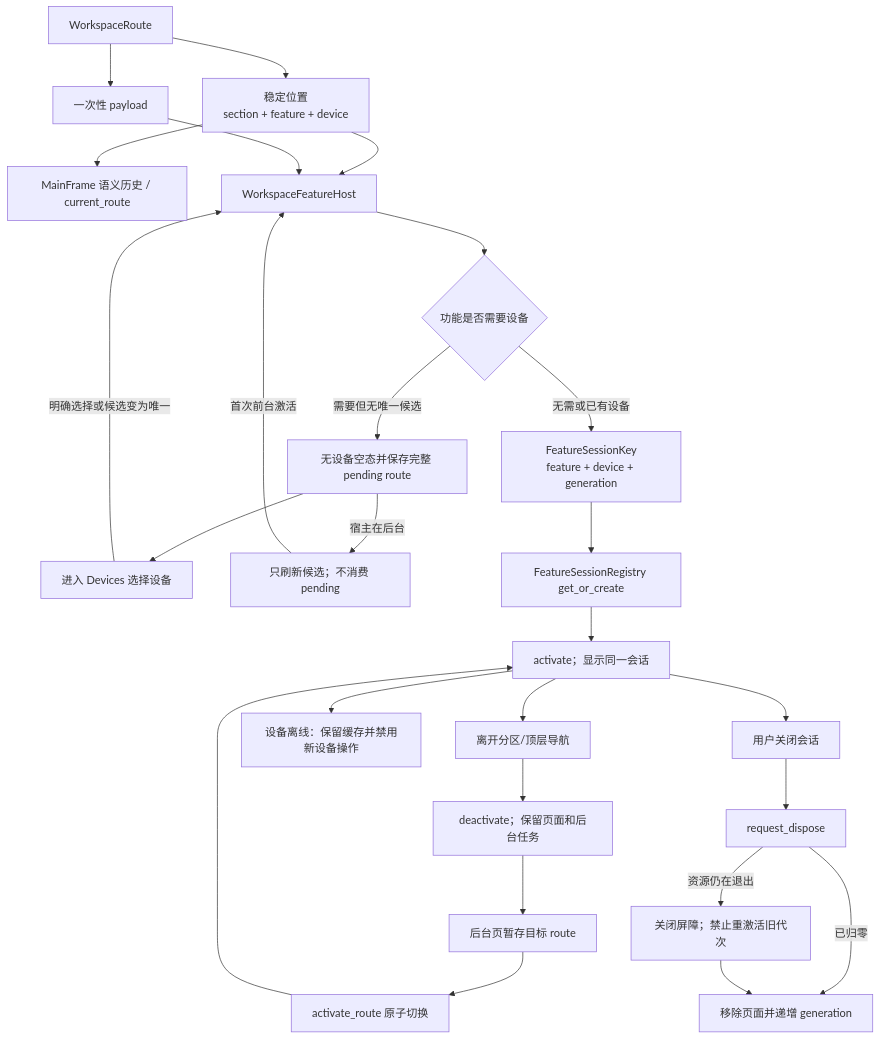
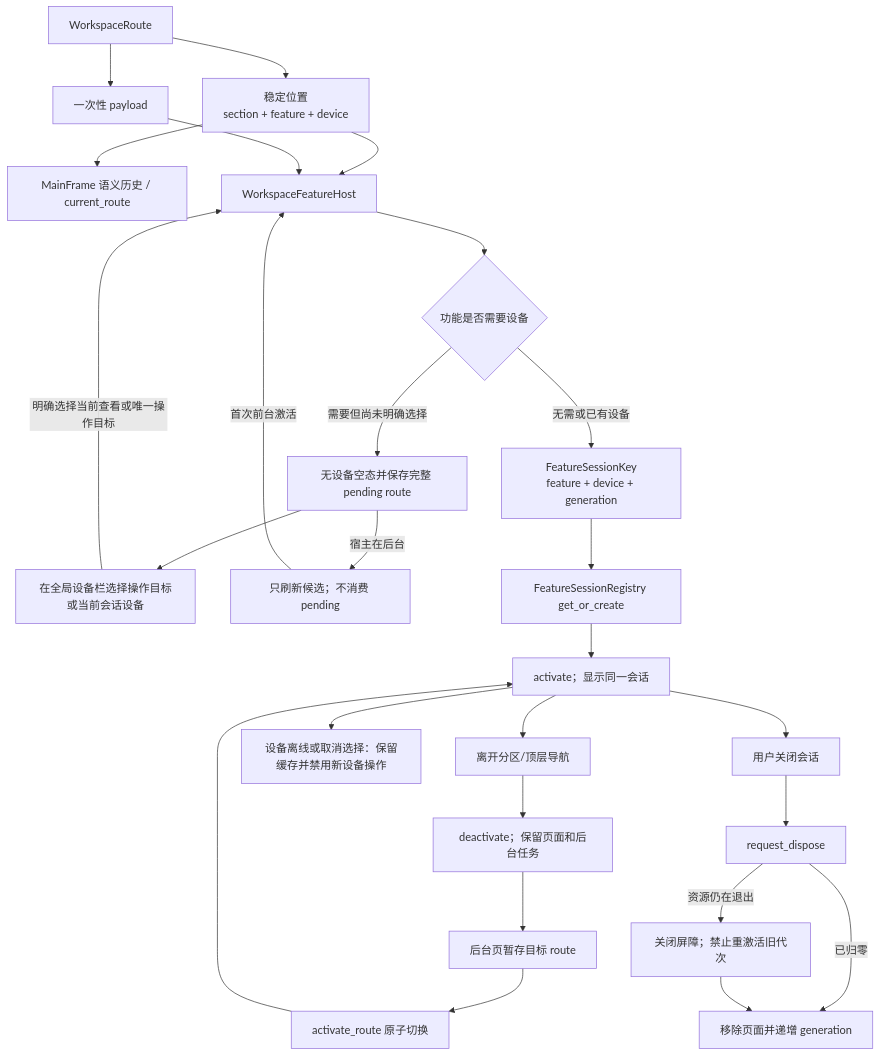
One commit to BlackHu-art/ADBLab changed the third of 6 diagrams in docs/project-knowledge/DATA_FLOW.md. Above: the diagram before and after it, drawn with Mermaid. The commit also changed other lines of this file and 153 other files, not shown here.

Commit message:
Refactor application architecture and update UI workflows

````diff
--- a/docs/project-knowledge/DATA_FLOW.md
+++ b/docs/project-knowledge/DATA_FLOW.md
@@ -77,28 +87,28 @@
 ```mermaid
 flowchart TD
     Route["WorkspaceRoute"] --> Stable["稳定位置<br/>section + feature + device"]
     Route --> Payload["一次性 payload"]
     Stable --> History["MainFrame 语义历史 / current_route"]
     Stable --> Host["WorkspaceFeatureHost"]
     Payload --> Host
     Host --> NeedDevice{"功能是否需要设备"}
-    NeedDevice -->|"需要但无唯一候选"| Empty["无设备空态并保存完整 pending route"]
-    Empty --> Select["进入 Devices 选择设备"]
-    Select -->|"明确选择或候选变为唯一"| Host
+    NeedDevice -->|"需要但尚未明确选择"| Empty["无设备空态并保存完整 pending route"]
+    Empty --> Select["在全局设备栏选择操作目标或当前会话设备"]
+    Select -->|"明确选择当前查看或唯一操作目标"| Host
     Empty -->|"宿主在后台"| Wait["只刷新候选；不消费 pending"]
     Wait -->|"首次前台激活"| Host
     NeedDevice -->|"无需或已有设备"| Key["FeatureSessionKey<br/>feature + device + generation"]
     Key --> Registry["FeatureSessionRegistry get_or_create"]
     Registry --> Active["activate；显示同一会话"]
     Active --> Navigate["离开分区/顶层导航"]
     Navigate --> Inactive["deactivate；保留页面和后台任务"]
     Inactive --> Queue["后台页暂存目标 route"]
     Queue --> Atomic["activate_route 原子切换"]
     Atomic --> Active
-    Active --> Offline["设备离线：保留缓存并禁用新设备操作"]
+    Active --> Offline["设备离线或取消选择：保留缓存并禁用新设备操作"]
     Active --> Close["用户关闭会话"]
     Close --> Dispose["request_dispose"]
     Dispose -->|"资源仍在退出"| Barrier["关闭屏障；禁止重激活旧代次"]
     Dispose -->|"已归零"| Remove["移除页面并递增 generation"]
     Barrier --> Remove
 ```
````
